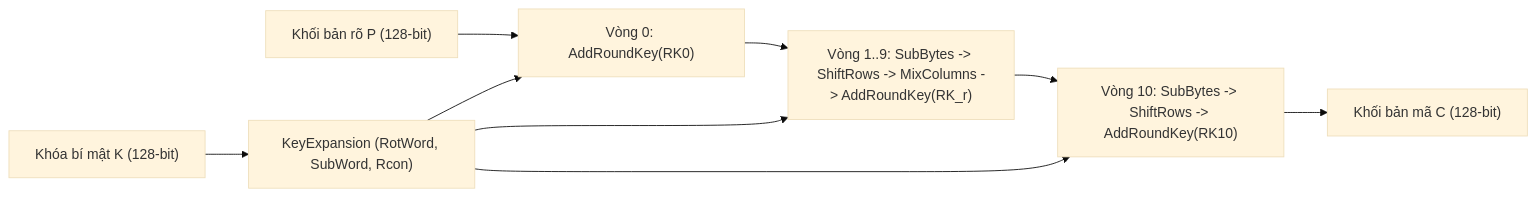
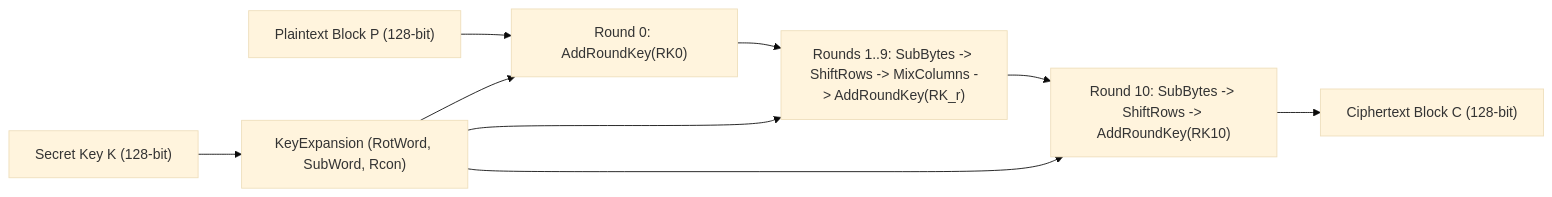
One commit to thuann2212/IS-TEXT- changed the first of 2 diagrams in docs/bao_cao_aes128.md. Above: the diagram before and after it, drawn with Mermaid (base theme). The commit also changed other lines of this file and 5 other files, not shown here.

````diff
--- a/docs/bao_cao_aes128.md
+++ b/docs/bao_cao_aes128.md
@@ -76,11 +76,11 @@
 ```mermaid
 flowchart LR
-    P["Khối bản rõ P (128-bit)"] --> R0["Vòng 0: AddRoundKey(RK0)"]
-    R0 --> R19["Vòng 1..9: SubBytes -> ShiftRows -> MixColumns -> AddRoundKey(RK_r)"]
-    R19 --> R10["Vòng 10: SubBytes -> ShiftRows -> AddRoundKey(RK10)"]
-    R10 --> C["Khối bản mã C (128-bit)"]
-    K["Khóa bí mật K (128-bit)"] --> KE["KeyExpansion (RotWord, SubWord, Rcon)"]
+    P["Plaintext Block P (128-bit)"] --> R0["Round 0: AddRoundKey(RK0)"]
+    R0 --> R19["Rounds 1..9: SubBytes -> ShiftRows -> MixColumns -> AddRoundKey(RK_r)"]
+    R19 --> R10["Round 10: SubBytes -> ShiftRows -> AddRoundKey(RK10)"]
+    R10 --> C["Ciphertext Block C (128-bit)"]
+    K["Secret Key K (128-bit)"] --> KE["KeyExpansion (RotWord, SubWord, Rcon)"]
     KE --> R0
     KE --> R19
     KE --> R10
 ```
````
